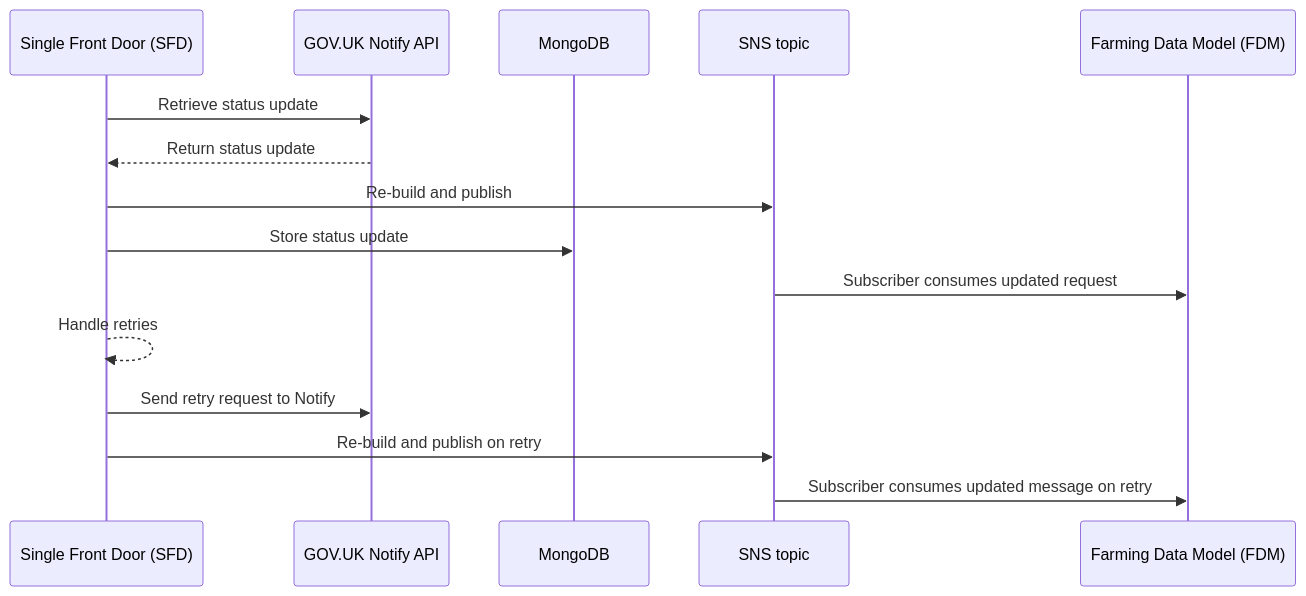
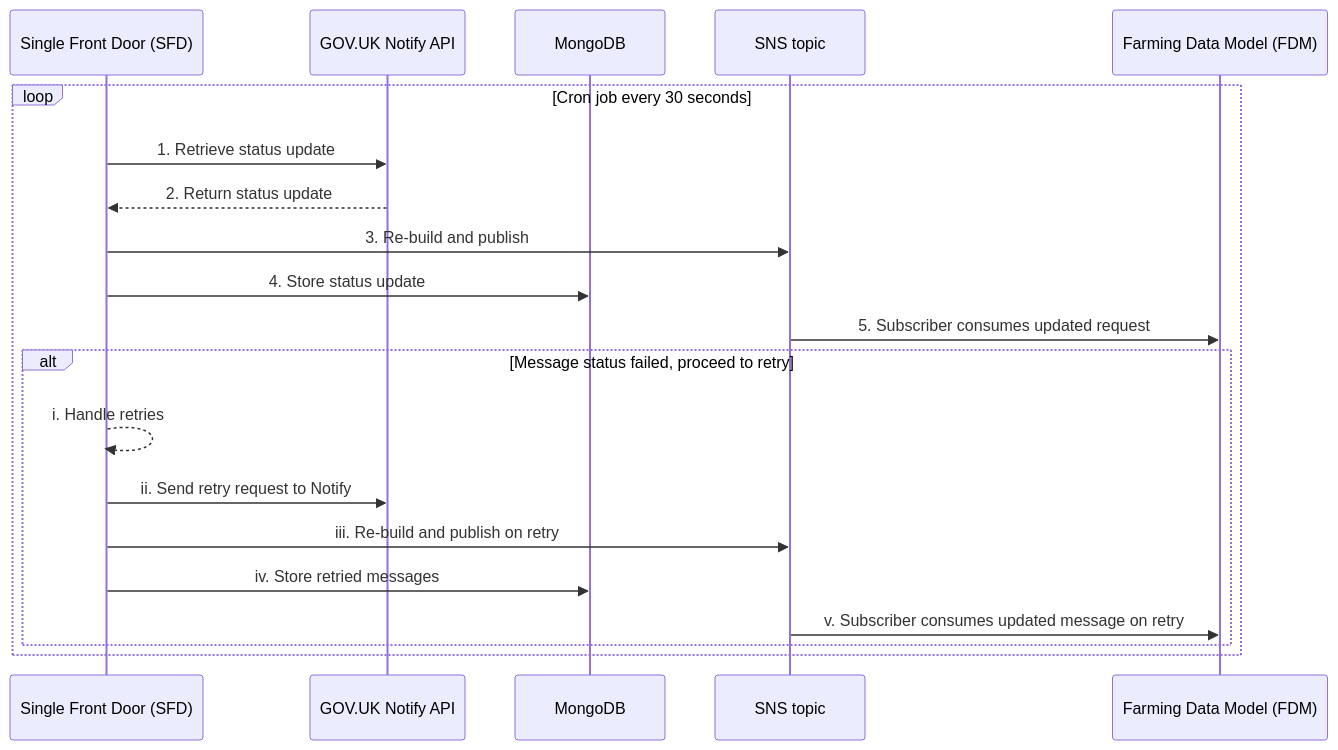
Before and after one commit to DEFRA/fcp-sfd-comms: the second of 2 diagrams in README.md, drawn with Mermaid. The commit also changed other lines of this file, not shown here.

Commit message:
finalise sequeance diagrams for phases 1 & 2

````diff
--- a/README.md
+++ b/README.md
@@ -58,19 +64,24 @@
 ```mermaid
 sequenceDiagram
     participant SFD as Single Front Door (SFD)
     participant NOTIFY as GOV.UK Notify API
     participant MONGO as MongoDB
     participant SNS as SNS topic
     participant FDM as Farming Data Model (FDM)
 
-    SFD->>NOTIFY: Retrieve status update
-    NOTIFY-->>SFD: Return status update
-    SFD->>SNS: Re-build and publish
-    SFD->>MONGO: Store status update
-    SNS->>FDM: Subscriber consumes updated request
+    loop Cron job every 30 seconds
+        SFD->>NOTIFY: 1. Retrieve status update
+        NOTIFY-->>SFD: 2. Return status update
+        SFD->>SNS: 3. Re-build and publish
+        SFD->>MONGO: 4. Store status update
+        SNS->>FDM: 5. Subscriber consumes updated request
 
-    SFD-->>SFD: Handle retries
-    SFD->>NOTIFY: Send retry request to Notify
-    SFD->>SNS: Re-build and publish on retry
-    SNS->>FDM: Subscriber consumes updated message on retry
+        alt Message status failed, proceed to retry
+            SFD-->>SFD: i. Handle retries
+            SFD->>NOTIFY: ii. Send retry request to Notify
+            SFD->>SNS: iii. Re-build and publish on retry
+            SFD->>MONGO: iv. Store retried messages
+            SNS->>FDM: v. Subscriber consumes updated message on retry
+        end
+    end
 ```
````
